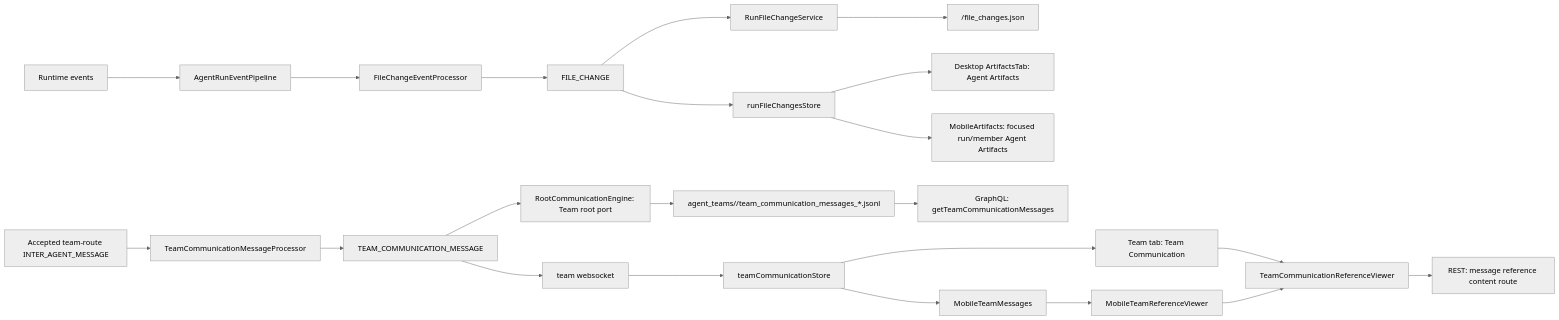
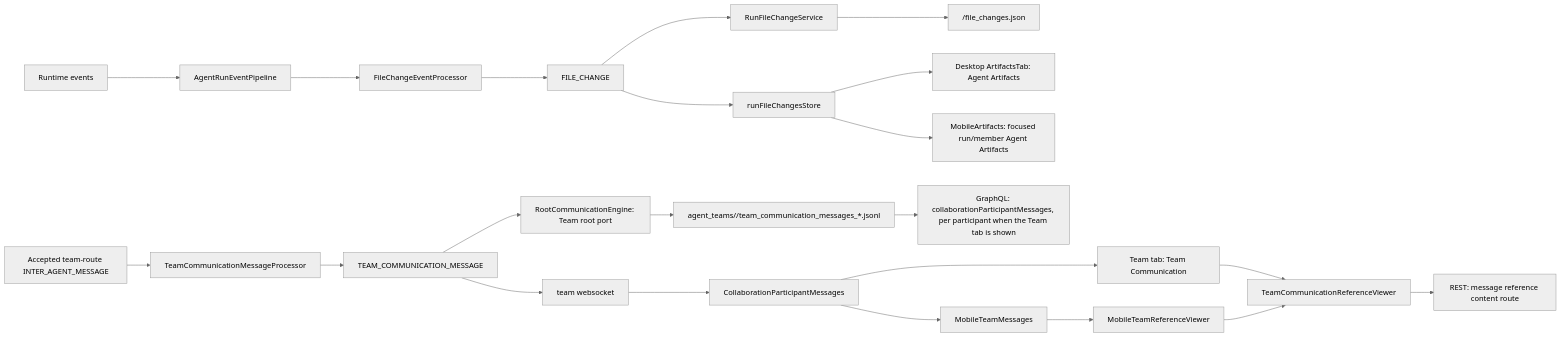
The diagram in autobyteus-web/docs/agent_artifacts.md (AutoByteus/autobyteus-workspace), drawn with Mermaid (neutral theme) before and after one commit. The commit also changed other lines of this file and 5 other files, not shown here.

First line of the commit message:
docs: the Team tab loads participant messages; admission is structural; members load on open (autobyteus-358)

````diff
--- a/autobyteus-web/docs/agent_artifacts.md
+++ b/autobyteus-web/docs/agent_artifacts.md
@@ -157,25 +157,25 @@
 ```mermaid
 flowchart LR
   A[Runtime events] --> B[AgentRunEventPipeline]
   B --> C[FileChangeEventProcessor]
   C --> D[FILE_CHANGE]
   D --> E[RunFileChangeService]
   E --> F[<run-memory-dir>/file_changes.json]
   D --> G[runFileChangesStore]
   G --> H[Desktop ArtifactsTab: Agent Artifacts]
   G --> U[MobileArtifacts: focused run/member Agent Artifacts]
 
   I[Accepted team-route INTER_AGENT_MESSAGE] --> J[TeamCommunicationMessageProcessor]
   J --> K[TEAM_COMMUNICATION_MESSAGE]
   K --> L[RootCommunicationEngine: Team root port]
   L --> N[agent_teams/<teamRunId>/team_communication_messages_*.jsonl]
   K --> M[team websocket]
-  M --> P[teamCommunicationStore]
-  N --> O[GraphQL: getTeamCommunicationMessages]
+  M --> P[CollaborationParticipantMessages]
+  N --> O[GraphQL: collaborationParticipantMessages, per participant when the Team tab is shown]
   P --> R[Team tab: Team Communication]
   R --> S[TeamCommunicationReferenceViewer]
   S --> T[REST: message reference content route]
   P --> V[MobileTeamMessages]
   V --> W[MobileTeamReferenceViewer]
   W --> S
 ```
````
